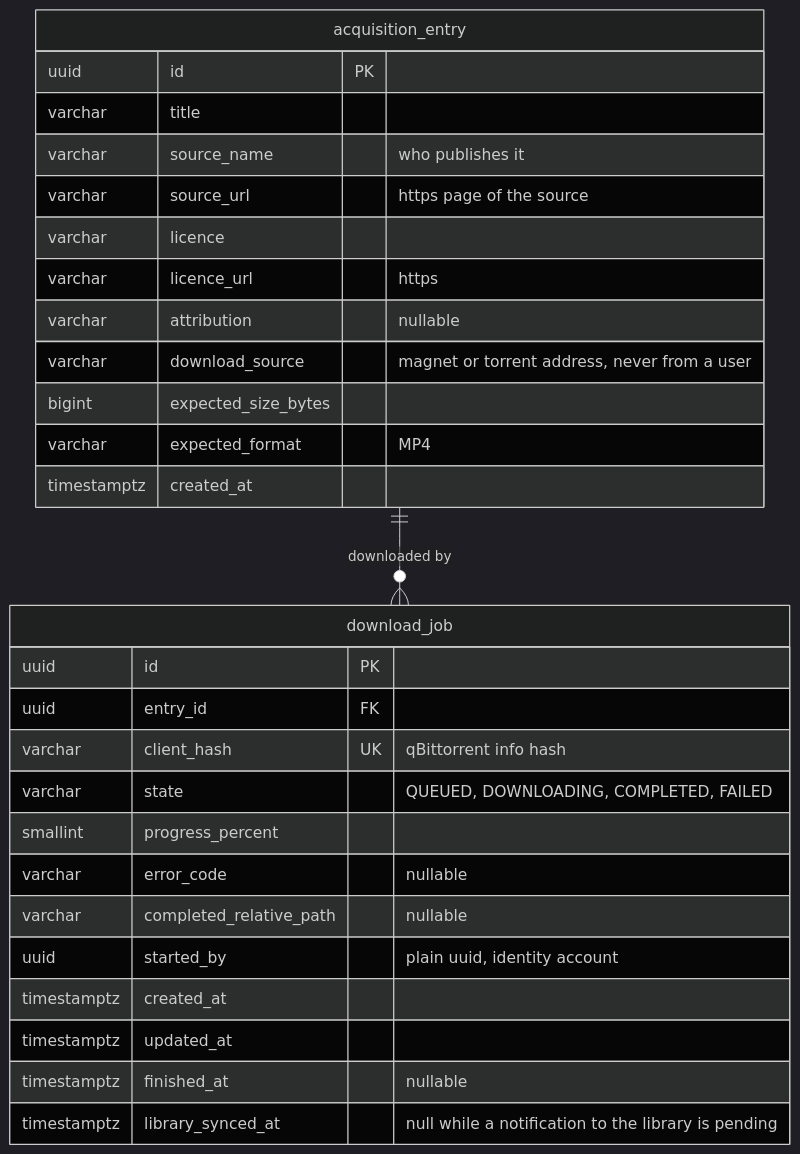
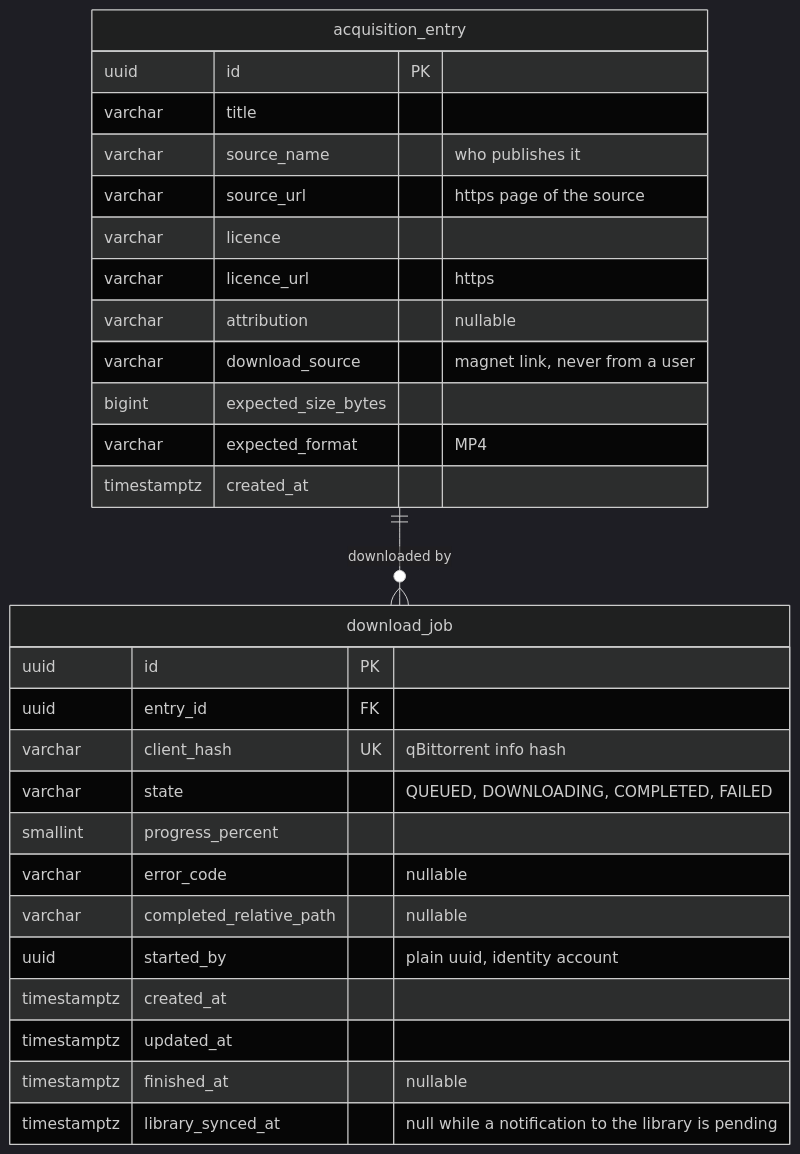
One commit to ClaymeCall/holbertonschool-homeflix-project changed the third of 3 diagrams in docs/architecture/data-model.md. Above: the diagram before and after it, drawn with Mermaid (dark theme). The commit also changed other lines of this file and 2 other files, not shown here.

Commit message:
fix(acquisition): refuse download sources the client could follow elsewhere
The magnet check only covered the xt part, so xs, as or ws parameters were
accepted. A download source is now a magnet link with a lower-case v1 info hash
followed only by dn and tr. An https .torrent address is refused for now: its
info hash is unknown until the client fetches it.

Duplicates are refused by info hash rather than by the raw string, which also
removes the btree index on a varchar(4096). Source and licence pages must have
a host. The migration tests only delete the rows they insert.

````diff
--- a/docs/architecture/data-model.md
+++ b/docs/architecture/data-model.md
@@ -155,32 +155,32 @@
 ```mermaid
 erDiagram
     acquisition_entry ||--o{ download_job : "downloaded by"
 
     acquisition_entry {
         uuid id PK
         varchar title
         varchar source_name "who publishes it"
         varchar source_url "https page of the source"
         varchar licence
         varchar licence_url "https"
         varchar attribution "nullable"
-        varchar download_source "magnet or torrent address, never from a user"
+        varchar download_source "magnet link, never from a user"
         bigint expected_size_bytes
         varchar expected_format "MP4"
         timestamptz created_at
     }
     download_job {
         uuid id PK
         uuid entry_id FK
         varchar client_hash UK "qBittorrent info hash"
         varchar state "QUEUED, DOWNLOADING, COMPLETED, FAILED"
         smallint progress_percent
         varchar error_code "nullable"
         varchar completed_relative_path "nullable"
         uuid started_by "plain uuid, identity account"
         timestamptz created_at
         timestamptz updated_at
         timestamptz finished_at "nullable"
         timestamptz library_synced_at "null while a notification to the library is pending"
     }
 ```
````
